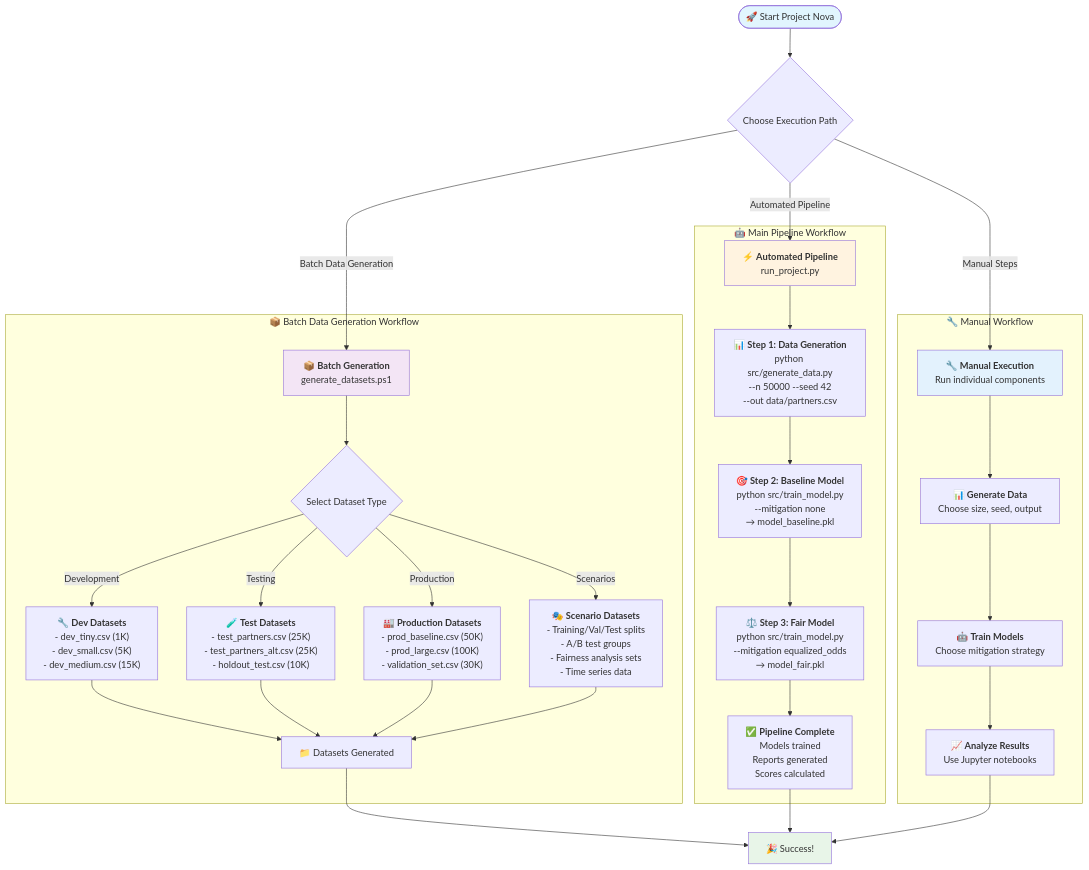
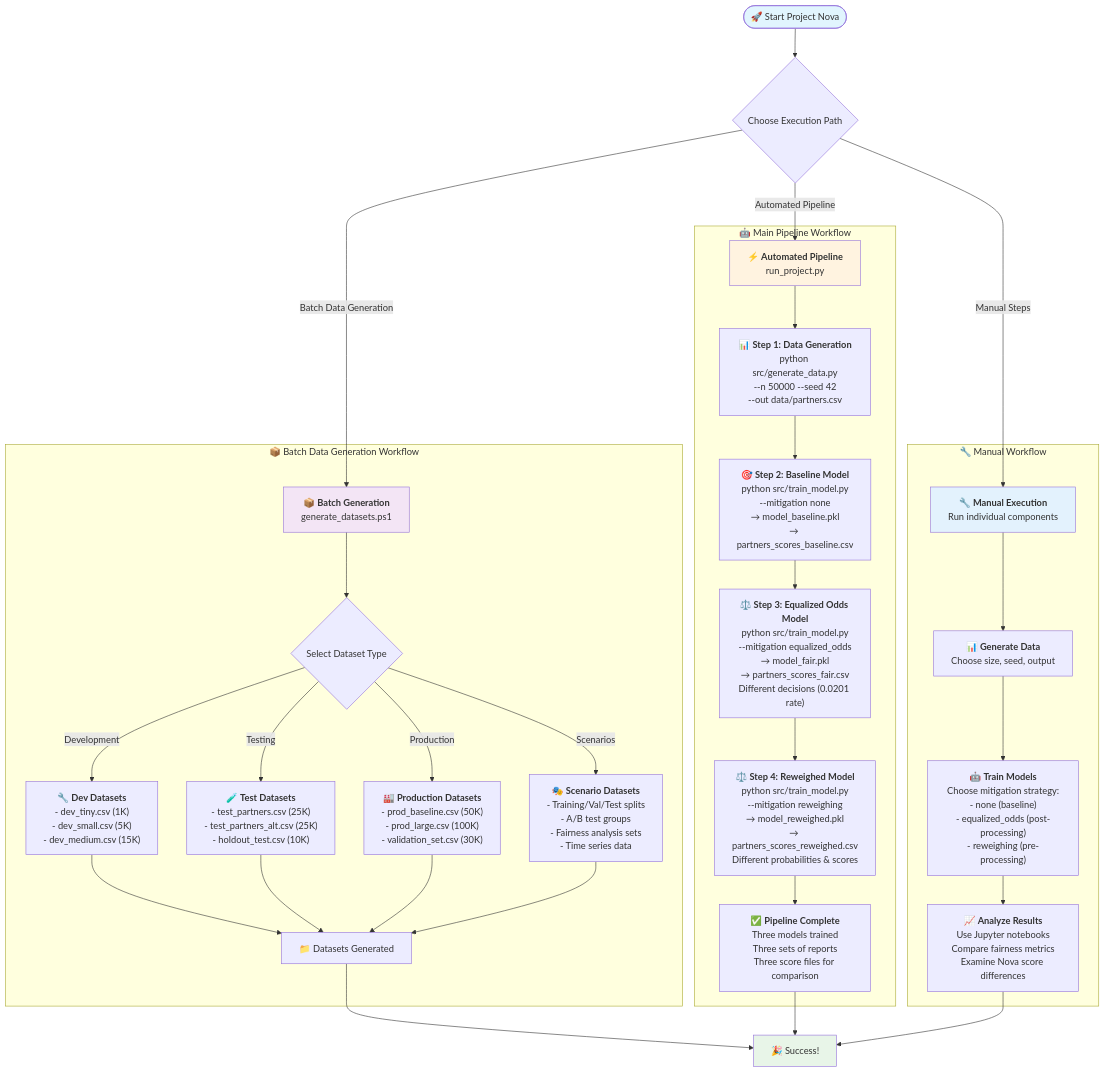
Before and after one commit to anibjee/project-nova-credit-scoring: the second of 9 diagrams in PROJECT_NOVA_FLOWCHART.md, drawn with Mermaid. The commit also changed other lines of this file and 11 other files, not shown here.

First line of the commit message:
Implement comprehensive three-model fairness framework with extensive documentation

```diff
--- a/PROJECT_NOVA_FLOWCHART.md
+++ b/PROJECT_NOVA_FLOWCHART.md
@@ -140,26 +142,41 @@
         STEP1 --> STEP2["`🎯 **Step 2: Baseline Model**
         python src/train_model.py
         --mitigation none
-        → model_baseline.pkl`"]
+        → model_baseline.pkl
+        → partners_scores_baseline.csv`"]
         
-        STEP2 --> STEP3["`⚖️ **Step 3: Fair Model**
+        STEP2 --> STEP3["`⚖️ **Step 3: Equalized Odds Model**
         python src/train_model.py
         --mitigation equalized_odds
-        → model_fair.pkl`"]
+        → model_fair.pkl
+        → partners_scores_fair.csv
+        Different decisions (0.0201 rate)`"]
         
-        STEP3 --> COMPLETE["`✅ **Pipeline Complete**
-        Models trained
-        Reports generated
-        Scores calculated`"]
+        STEP3 --> STEP4["`⚖️ **Step 4: Reweighed Model**
+        python src/train_model.py
+        --mitigation reweighing
+        → model_reweighed.pkl
+        → partners_scores_reweighed.csv
+        Different probabilities & scores`"]
+        
+        STEP4 --> COMPLETE["`✅ **Pipeline Complete**
+        Three models trained
+        Three sets of reports
+        Three score files for comparison`"]
     end
     
     subgraph "🔧 Manual Workflow"
         MANUAL --> MAN_GEN["`📊 **Generate Data**
         Choose size, seed, output`"]
         MAN_GEN --> MAN_TRAIN["`🤖 **Train Models**
-        Choose mitigation strategy`"]
+        Choose mitigation strategy:
+        - none (baseline)
+        - equalized_odds (post-processing)
+        - reweighing (pre-processing)`"]
         MAN_TRAIN --> MAN_ANALYZE["`📈 **Analyze Results**
-        Use Jupyter notebooks`"]
+        Use Jupyter notebooks
+        Compare fairness metrics
+        Examine Nova score differences`"]
     end
     
     BATCH_COMPLETE --> END_SUCCESS[🎉 Success!]
```
